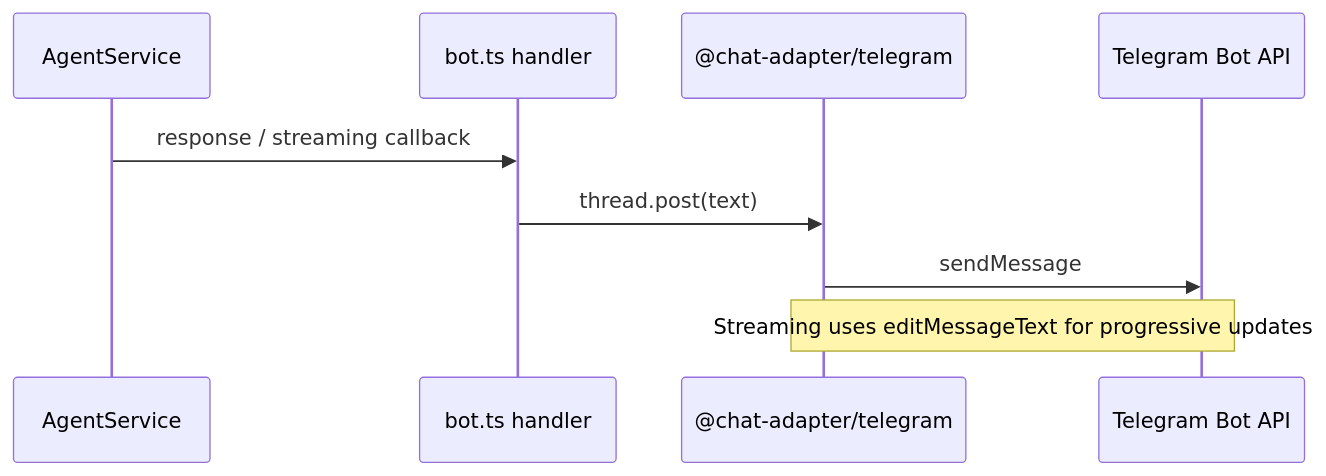
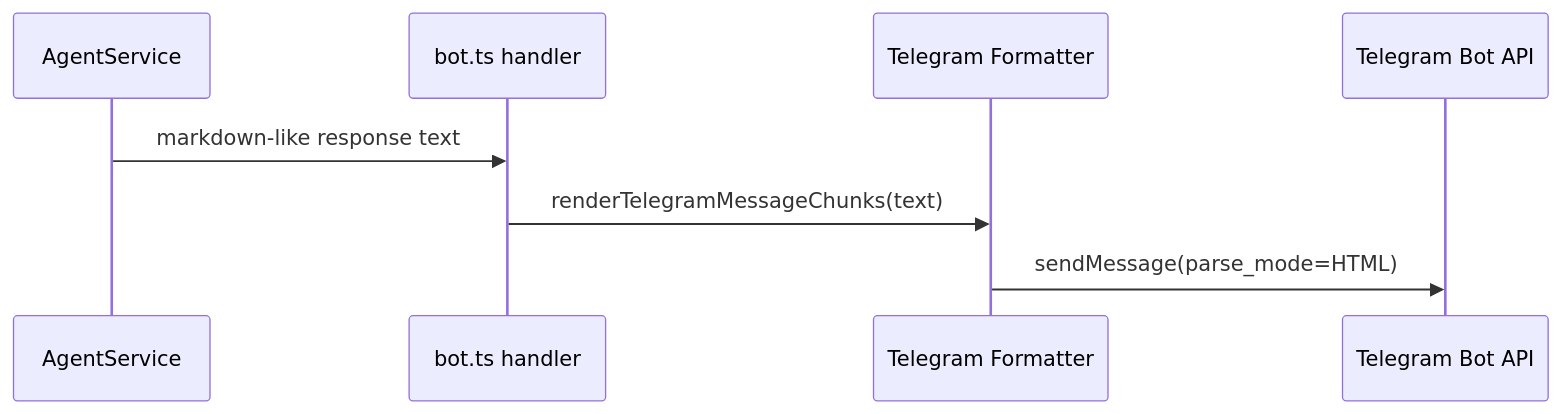
The second of 2 diagrams in docs/CHANNELS.md (punitarani/amby), drawn with Mermaid before and after one commit. The commit also changed other lines of this file and 20 other files, not shown here.

Commit message:
Fix Telegram message formatting pipeline

````diff
--- a/docs/CHANNELS.md
+++ b/docs/CHANNELS.md
@@ -42,12 +42,11 @@
 ```mermaid
 sequenceDiagram
     participant Agent as AgentService
     participant Bot as bot.ts handler
-    participant CA as @chat-adapter/telegram
+    participant TF as Telegram Formatter
     participant TG as Telegram Bot API
 
-    Agent->>Bot: response / streaming callback
-    Bot->>CA: thread.post(text)
-    CA->>TG: sendMessage
-    Note over CA,TG: Streaming uses editMessageText for progressive updates
+    Agent->>Bot: markdown-like response text
+    Bot->>TF: renderTelegramMessageChunks(text)
+    TF->>TG: sendMessage(parse_mode=HTML)
 ```
````
